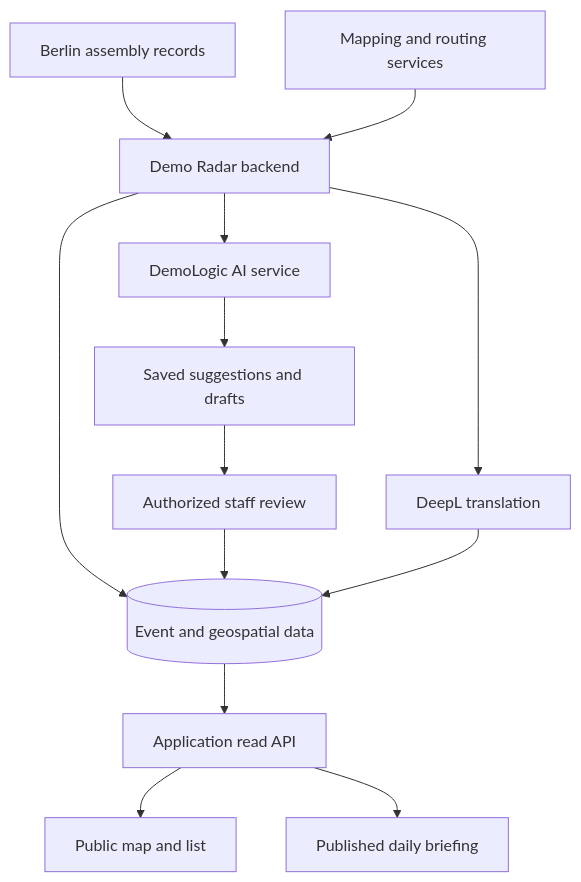
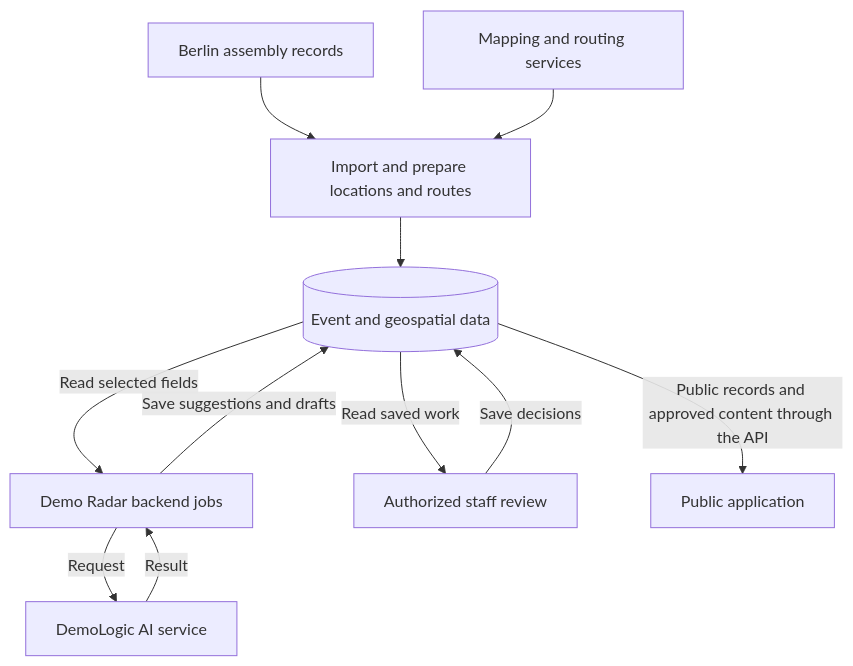
One commit to demo-radar/demo-radar-saas changed the diagram in docs/architecture.md. Above: the diagram before and after it, drawn with Mermaid. The commit also changed other lines of this file and 3 other files, not shown here.

Commit message:
docs: explain data flow, permissions and engineering evidence

````diff
--- a/docs/architecture.md
+++ b/docs/architecture.md
@@ -8,15 +8,13 @@
 ```mermaid
 flowchart TB
-    Source[Berlin assembly records] --> Backend[Demo Radar backend]
-    Mapping[Mapping and routing services] --> Backend
-    Backend --> Data[(Event and geospatial data)]
-    Backend --> Logic[DemoLogic AI service]
-    Logic --> Saved[Saved suggestions and drafts]
-    Saved --> Staff[Authorized staff review]
-    Staff --> Data
-    Data --> Reads[Application read API]
-    Reads --> Map[Public map and list]
-    Reads --> Briefing[Published daily briefing]
-    Backend --> Translation[DeepL translation]
-    Translation --> Data
+    Source[Berlin assembly records] --> Import[Import and prepare locations and routes]
+    Mapping[Mapping and routing services] --> Import
+    Import --> Data[(Event and geospatial data)]
+    Data -->|Read selected fields| Jobs[Demo Radar backend jobs]
+    Jobs -->|Request| Logic[DemoLogic AI service]
+    Logic -->|Result| Jobs
+    Jobs -->|Save suggestions and drafts| Data
+    Data -->|Read saved work| Staff[Authorized staff review]
+    Staff -->|Save decisions| Data
+    Data -->|Public records and approved content through the API| Public[Public application]
 ```
````
